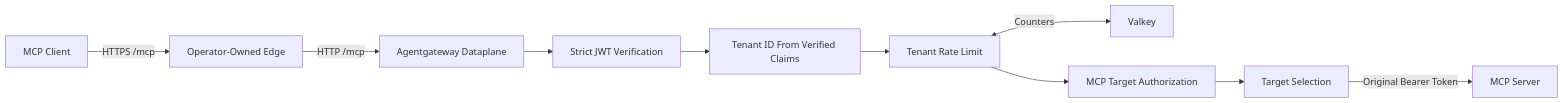
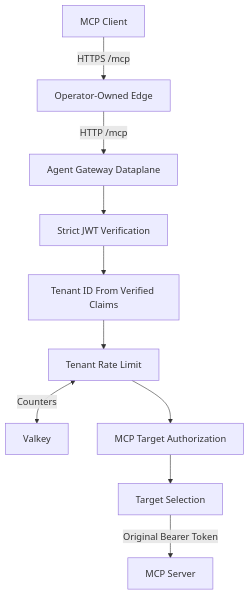
One commit to NVIDIA/dsx-exchange changed the first of 2 diagrams in docs/agent-gateway/architecture.mdx. Above: the diagram before and after it, drawn with Mermaid. The commit also changed other lines of this file and 12 other files, not shown here.

````diff
--- a/docs/agent-gateway/architecture.mdx
+++ b/docs/agent-gateway/architecture.mdx
@@ -32,12 +32,12 @@
 ```mermaid
-flowchart LR
+flowchart TB
     client["MCP Client"] -->|"HTTPS /mcp"| edge["Operator-Owned Edge"]
-    edge -->|"HTTP /mcp"| gateway["Agentgateway Dataplane"]
+    edge -->|"HTTP /mcp"| gateway["Agent Gateway Dataplane"]
     gateway --> jwt["Strict JWT Verification"]
     jwt --> tenant["Tenant ID From Verified Claims"]
     tenant --> limit["Tenant Rate Limit"]
     limit <-->|"Counters"| valkey["Valkey"]
     limit --> authz["MCP Target Authorization"]
     authz --> route["Target Selection"]
     route -->|"Original Bearer Token"| service["MCP Server"]
 ```
````
